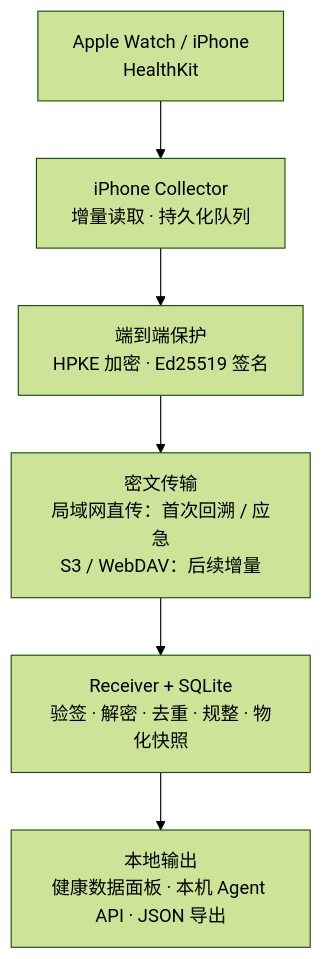
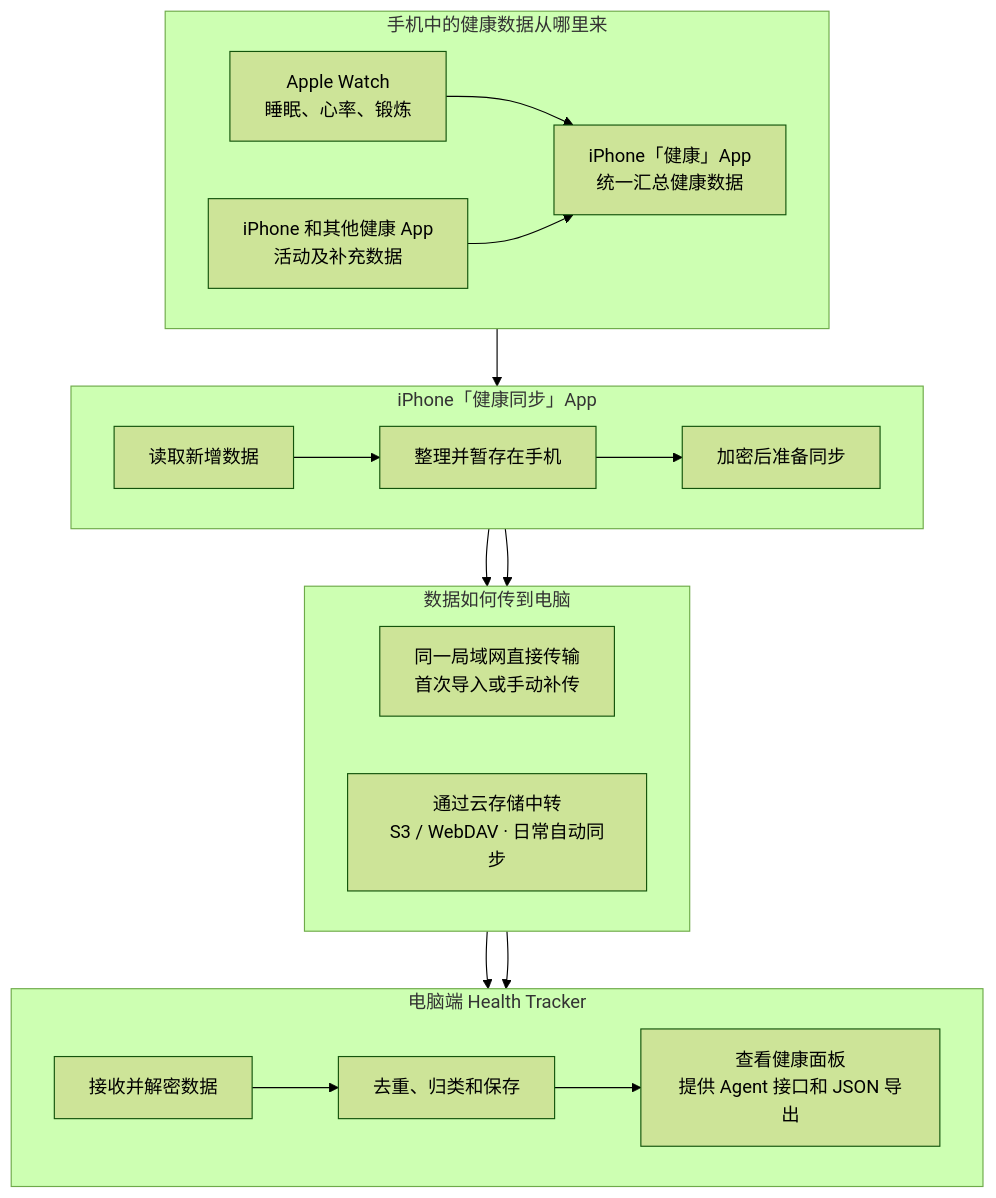
One commit to leafhao/health-tracker changed the diagram in README.md. Above: the diagram before and after it, drawn with Mermaid (forest theme). The commit also changed other lines of this file, not shown here.

Commit message:
Simplify README system overview

````diff
--- a/README.md
+++ b/README.md
@@ -11,11 +11,28 @@
 ```mermaid
 flowchart TB
-    health["Apple Watch / iPhone<br/>HealthKit"]
-    collector["iPhone Collector<br/>增量读取 · 持久化队列"]
-    encryption["端到端保护<br/>HPKE 加密 · Ed25519 签名"]
-    transport["密文传输<br/>局域网直传：首次回溯 / 应急<br/>S3 / WebDAV：后续增量"]
-    receiver["Receiver + SQLite<br/>验签 · 解密 · 去重 · 规整 · 物化快照"]
-    outputs["本地输出<br/>健康数据面板 · 本机 Agent API · JSON 导出"]
+    subgraph source["手机中的健康数据从哪里来"]
+        direction LR
+        watch["Apple Watch<br/>睡眠、心率、锻炼"] --> health["iPhone「健康」App<br/>统一汇总健康数据"]
+        iphone["iPhone 和其他健康 App<br/>活动及补充数据"] --> health
+    end
 
-    health --> collector --> encryption --> transport --> receiver --> outputs
+    subgraph app["iPhone「健康同步」App"]
+        direction LR
+        read["读取新增数据"] --> organize["整理并暂存在手机"] --> encrypt["加密后准备同步"]
+    end
+
+    subgraph transfer["数据如何传到电脑"]
+        direction LR
+        direct["同一局域网直接传输<br/>首次导入或手动补传"]
+        cloud["通过云存储中转<br/>S3 / WebDAV · 日常自动同步"]
+    end
+
+    subgraph computer["电脑端 Health Tracker"]
+        direction LR
+        receive["接收并解密数据"] --> save["去重、归类和保存"] --> use["查看健康面板<br/>提供 Agent 接口和 JSON 导出"]
+    end
+
+    health --> read
+    encrypt --> direct --> receive
+    encrypt --> cloud --> receive
 ```
````
